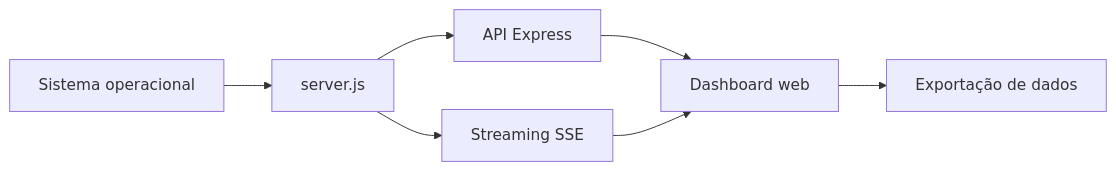
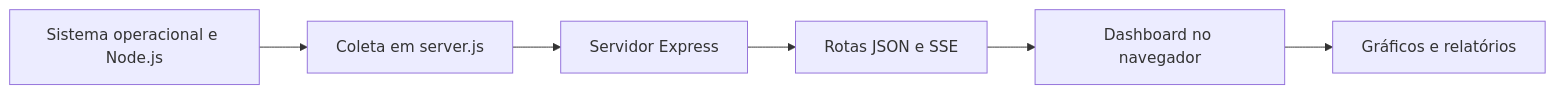
One commit to theroven79-droid/SISTEMAS-OPERACIONAIS changed the diagram in Aula-7/NEXUS-OS-OMEGA-V3-REFINADO-PTBR/README.md. Above: the diagram before and after it, drawn with Mermaid. The commit also changed other lines of this file, not shown here.

Commit message:
docs: comprehensive review of NEXUS README with accurate Portuguese and API details

````diff
--- a/Aula-7/NEXUS-OS-OMEGA-V3-REFINADO-PTBR/README.md
+++ b/Aula-7/NEXUS-OS-OMEGA-V3-REFINADO-PTBR/README.md
@@ -27,9 +38,8 @@
 ```mermaid
 flowchart LR
-    A[Sistema operacional] --> B[server.js]
-    B --> C[API Express]
-    C --> D[Dashboard web]
-    B --> E[Streaming SSE]
-    E --> D
-    D --> F[Exportação de dados]
+    A["Sistema operacional e Node.js"] --> B["Coleta em server.js"]
+    B --> C["Servidor Express"]
+    C --> D["Rotas JSON e SSE"]
+    D --> E["Dashboard no navegador"]
+    E --> F["Gráficos e relatórios"]
 ```
````
